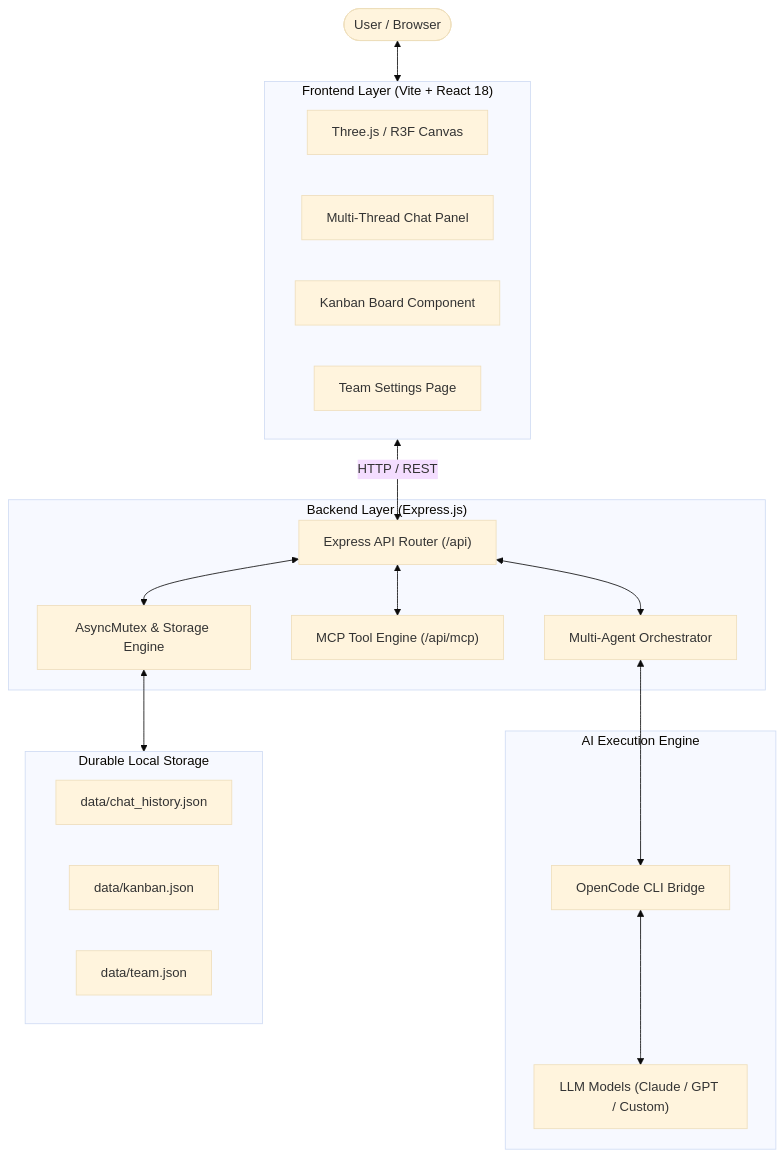
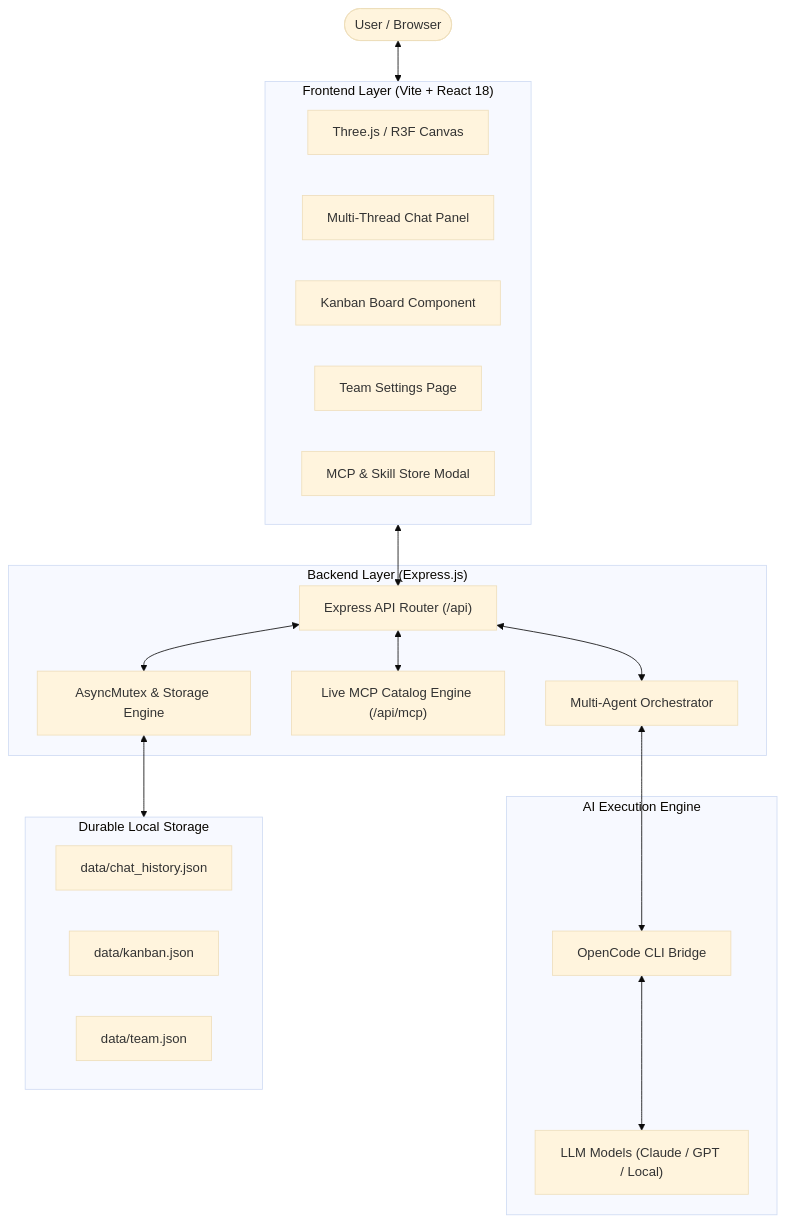
One commit to Thecaracter/new_pixel changed the diagram in README.md. Above: the diagram before and after it, drawn with Mermaid (base theme). The commit also changed other lines of this file and 3 other files, not shown here.

````diff
--- a/README.md
+++ b/README.md
@@ -131,38 +159,39 @@
 ```mermaid
 graph TD
   User([User / Browser])
   
   subgraph FrontendClient ["Frontend Layer (Vite + React 18)"]
     Canvas["Three.js / R3F Canvas"]
     ChatUI["Multi-Thread Chat Panel"]
     KanbanUI["Kanban Board Component"]
     SettingsUI["Team Settings Page"]
+    MCPStoreUI["MCP & Skill Store Modal"]
   end
   
   subgraph BackendService ["Backend Layer (Express.js)"]
     APIRouter["Express API Router (/api)"]
     OrchestratorService["Multi-Agent Orchestrator"]
-    MCPRegistry["MCP Tool Engine (/api/mcp)"]
+    MCPRegistry["Live MCP Catalog Engine (/api/mcp)"]
     StorageEngine["AsyncMutex & Storage Engine"]
   end
   
   subgraph ExternalAI ["AI Execution Engine"]
     OpenCodeRunner["OpenCode CLI Bridge"]
-    ProviderAPIs["LLM Models (Claude / GPT / Custom)"]
+    ProviderAPIs["LLM Models (Claude / GPT / Local)"]
   end
   
   subgraph Persistence ["Durable Local Storage"]
     ChatFile["data/chat_history.json"]
     KanbanFile["data/kanban.json"]
     TeamFile["data/team.json"]
   end
 
   User <--> FrontendClient
-  FrontendClient <-->|HTTP / REST| APIRouter
+  FrontendClient <--> APIRouter
   APIRouter <--> OrchestratorService
   APIRouter <--> MCPRegistry
   APIRouter <--> StorageEngine
   OrchestratorService <--> OpenCodeRunner
   OpenCodeRunner <--> ProviderAPIs
   StorageEngine <--> Persistence
 ```
````
